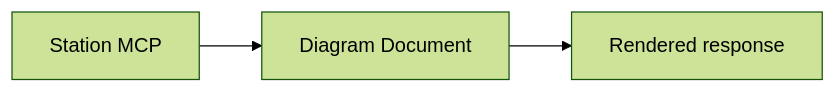
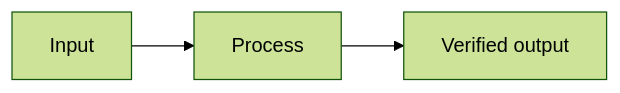
One commit to startino/testing changed the diagram in docs/diagrams/S0002-mcp-diagram-document-verification.mmd. Above: the diagram before and after it, drawn with Mermaid (forest theme).

Commit message:
docs(diagram): update DIAG-S0002
Station-Trailer-Version: 2
Station-Creator-Type: direct-harness
Station-Harness: codex
Station-Client-Instance-Id: e5e6e8b7-d6b8-4ec4-b92d-5bceef362c19
Station-Local-User: jonas
Station-Project-Id: jx7cakchqvq7tkx6nwfem683a9860yzb

```diff
--- a/docs/diagrams/S0002-mcp-diagram-document-verification.mmd
+++ b/docs/diagrams/S0002-mcp-diagram-document-verification.mmd
@@ -1,3 +1,4 @@
 flowchart LR
-    A[Station MCP] --> B[Diagram Document]
-    B --> C[Rendered response]
+    A[Input] --> B[Process]
+    B --> C[Verified output]
+    click B "DIAG-S0001" "Open related diagram"
```
